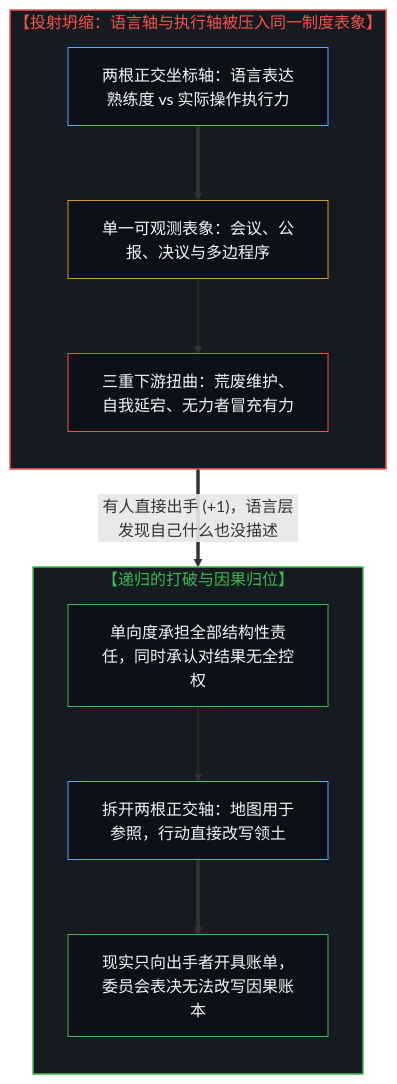
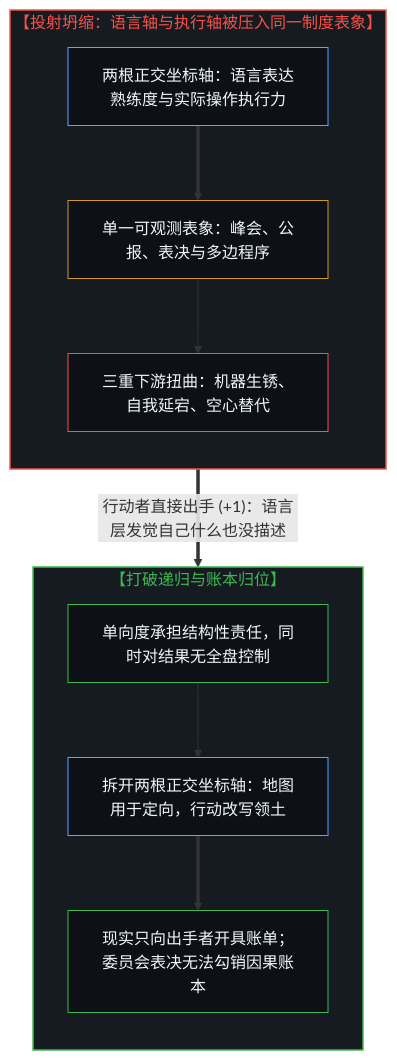
One commit to powerpig99/not-a-toe changed the first of 2 diagrams in content/posts/reality-doesnt-invoice-by-committee.md. Above: the diagram before and after it, drawn with Mermaid. The commit also changed other lines of this file and 3 other files, not shown here.

````diff
--- a/content/posts/reality-doesnt-invoice-by-committee.md
+++ b/content/posts/reality-doesnt-invoice-by-committee.md
@@ -39,29 +39,26 @@
 ```mermaid
 flowchart TD
     subgraph S_Collapse["【投射坍缩：语言轴与执行轴被压入同一制度表象】"]
         direction TB
-        Axes["两根正交坐标轴：语言表达熟练度 vs 实际操作执行力"]
-        Observable["单一可观测表象：会议、公报、决议与多边程序"]
-        Effects["三重下游扭曲：荒废维护、自我延宕、无力者冒充有力"]
+        Axes["两根正交坐标轴：语言表达熟练度与实际操作执行力"]
+        Observable["单一可观测表象：峰会、公报、表决与多边程序"]
+        Effects["三重下游扭曲：机器生锈、自我延宕、空心替代"]
         Axes ==> Observable --> Effects
     end
-
-    S_Collapse ==>|"有人直接出手 (+1)，语言层发现自己什么也没描述"| S_Move
-
-    subgraph S_Move["【递归的打破与因果归位】"]
+    S_Collapse ==>|"行动者直接出手 (+1)：语言层发觉自己什么也没描述"| S_Move
+    subgraph S_Move["【打破递归与账本归位】"]
         direction TB
-        Responsibility["单向度承担全部结构性责任，同时承认对结果无全控权"]
-        Separate["拆开两根正交轴：地图用于参照，行动直接改写领土"]
-        Invoice["现实只向出手者开具账单，委员会表决无法改写因果账本"]
+        Responsibility["单向度承担结构性责任，同时对结果无全盘控制"]
+        Separate["拆开两根正交坐标轴：地图用于定向，行动改写领土"]
+        Invoice["现实只向出手者开具账单；委员会表决无法勾销因果账本"]
         Responsibility --> Separate ==> Invoice
     end
-
     style S_Collapse fill:#161b22,stroke:#f85149,stroke-width:1.5px,color:#f85149
     style S_Move fill:#161b22,stroke:#3fb950,stroke-width:1.5px,color:#3fb950
     style Axes fill:#0d1117,stroke:#58a6ff,stroke-width:1px,color:#f0f6fc
     style Observable fill:#0d1117,stroke:#d29922,stroke-width:1px,color:#f0f6fc
     style Effects fill:#0d1117,stroke:#f85149,stroke-width:1px,color:#f0f6fc
     style Responsibility fill:#0d1117,stroke:#3fb950,stroke-width:1px,color:#f0f6fc
     style Separate fill:#0d1117,stroke:#58a6ff,stroke-width:1px,color:#f0f6fc
     style Invoice fill:#0d1117,stroke:#3fb950,stroke-width:1px,color:#f0f6fc
 ```
````
